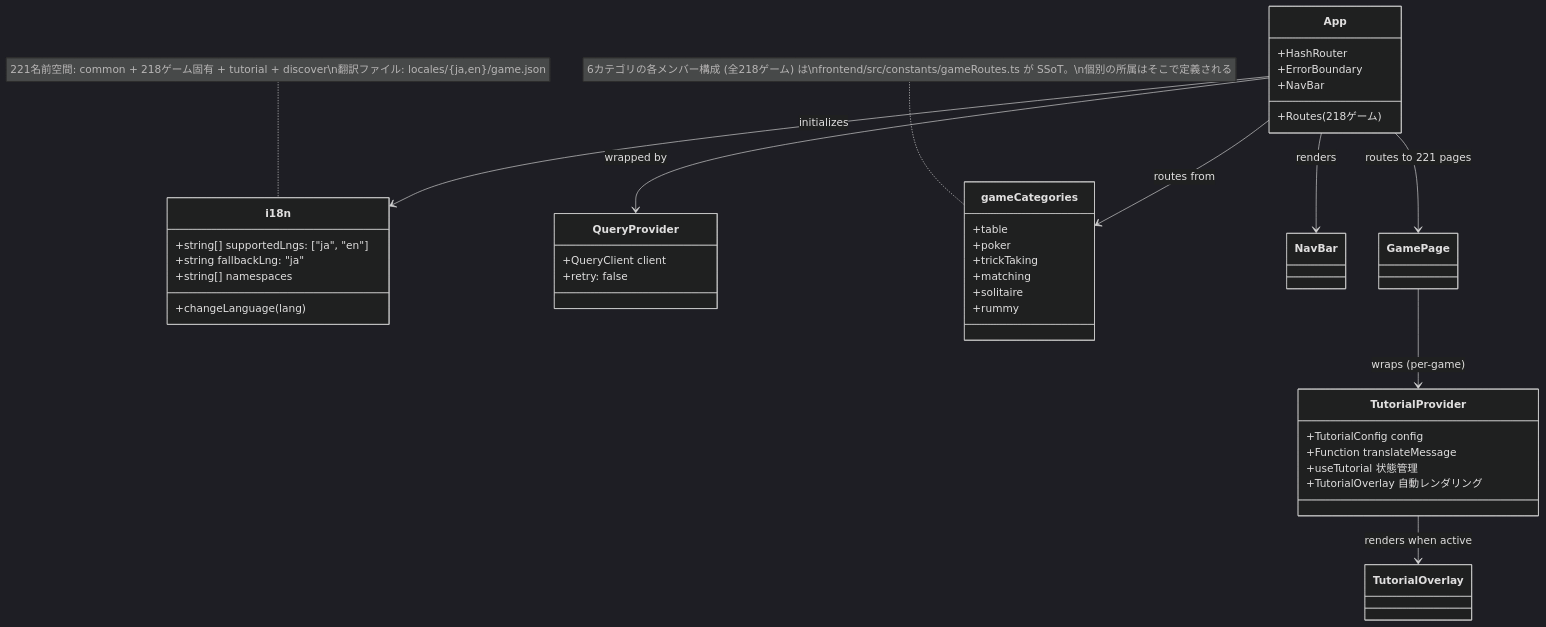
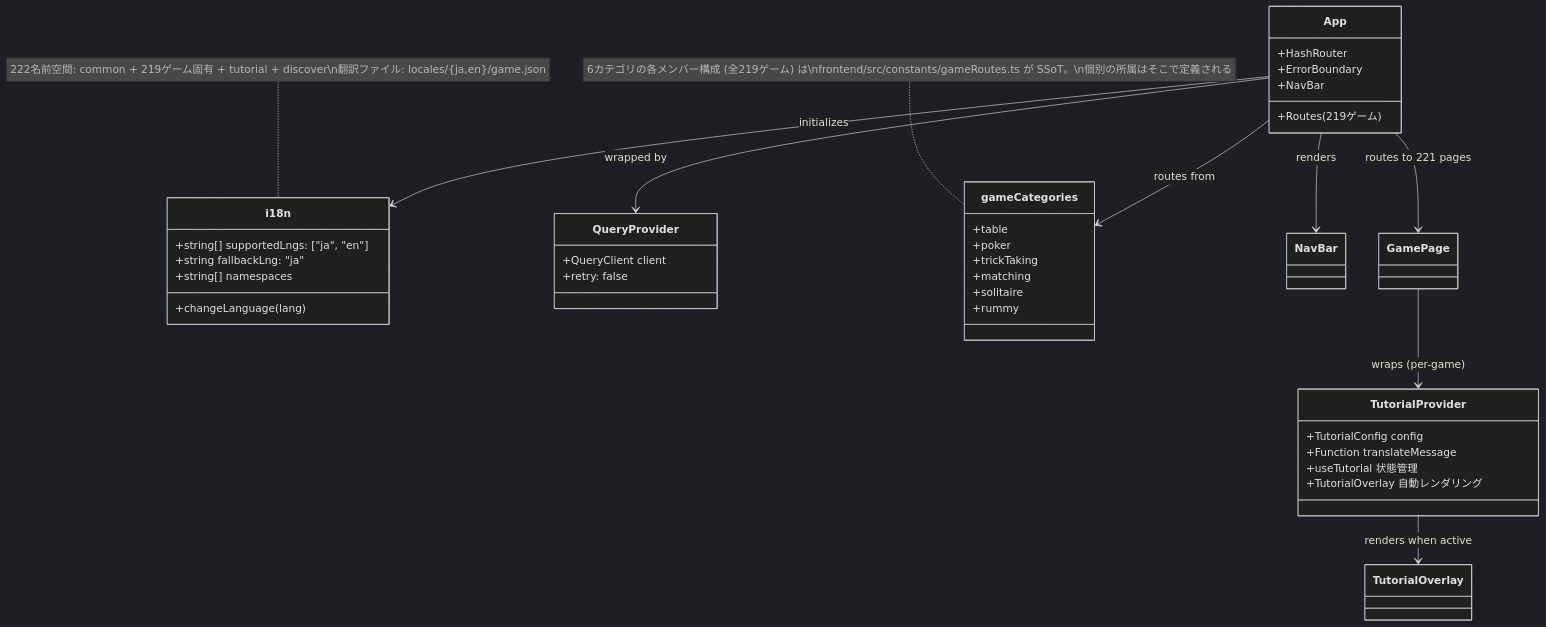
The ninth of 49 diagrams in docs/design/frontend.md (yuta-yoshinaga/go_trumpcards), drawn with Mermaid (dark theme) before and after one commit. The commit also changed other lines of this file and 3 other files, not shown here.

````diff
--- a/docs/design/frontend.md
+++ b/docs/design/frontend.md
@@ -1916,48 +1916,48 @@
 ```mermaid
 classDiagram
     class i18n {
         +string[] supportedLngs: ["ja", "en"]
         +string fallbackLng: "ja"
         +string[] namespaces
         +changeLanguage(lang)
     }
 
     class QueryProvider {
         +QueryClient client
         +retry: false
     }
 
     class App {
         +HashRouter
         +ErrorBoundary
         +NavBar
-        +Routes (218ゲーム)
+        +Routes (219ゲーム)
     }
 
     class gameCategories {
         +table
         +poker
         +trickTaking
         +matching
         +solitaire
         +rummy
     }
-    note for gameCategories "6カテゴリの各メンバー構成 (全218ゲーム) は\nfrontend/src/constants/gameRoutes.ts が SSoT。\n個別の所属はそこで定義される"
+    note for gameCategories "6カテゴリの各メンバー構成 (全219ゲーム) は\nfrontend/src/constants/gameRoutes.ts が SSoT。\n個別の所属はそこで定義される"
 
     class TutorialProvider {
         +TutorialConfig config
         +Function translateMessage
         +useTutorial 状態管理
         +TutorialOverlay 自動レンダリング
     }
 
     App --> QueryProvider : wrapped by
     App --> i18n : initializes
     App --> gameCategories : routes from
     App --> NavBar : renders
     App --> GamePage : routes to 221 pages
     GamePage --> TutorialProvider : wraps (per-game)
     TutorialProvider --> TutorialOverlay : renders when active
 
-    note for i18n "221名前空間: common + 218ゲーム固有 + tutorial + discover\n翻訳ファイル: locales/{ja,en}/game.json"
+    note for i18n "222名前空間: common + 219ゲーム固有 + tutorial + discover\n翻訳ファイル: locales/{ja,en}/game.json"
 ```
````
